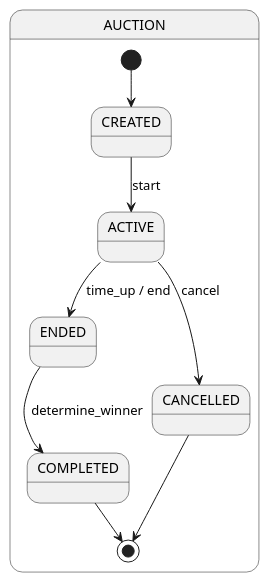
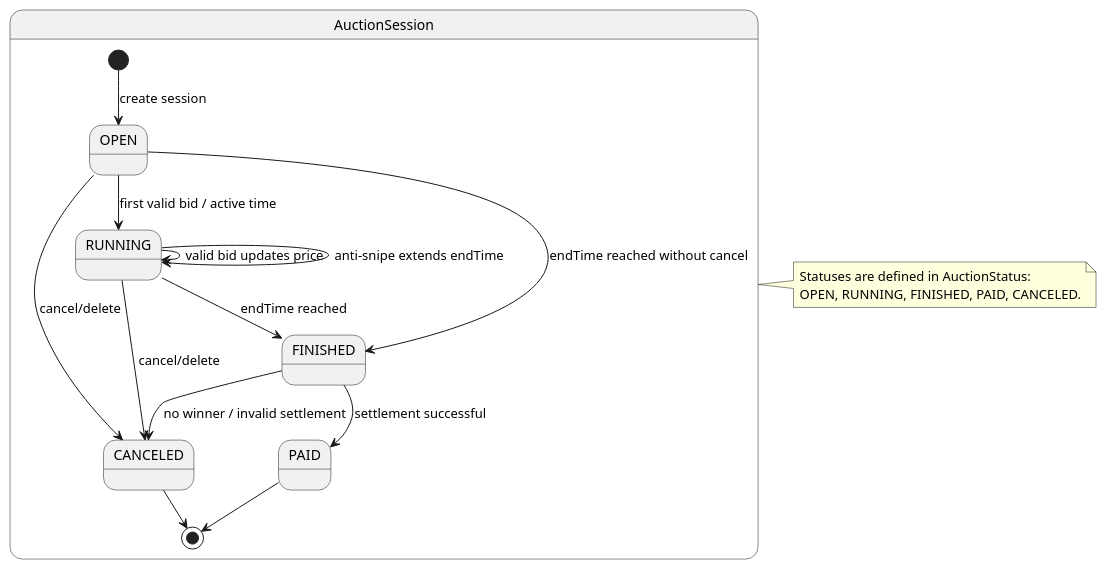
One commit to duydo11/auction-system-cua-hai-giang-duy-va-beo changed the diagram in docs/diagrams/state_activity.puml. Above: the diagram before and after it, drawn with PlantUML. The commit also changed 24 other files, not shown here.

First line of the commit message:
docs: refresh UML diagrams to match current architecture

```diff
--- a/docs/diagrams/state_activity.puml
+++ b/docs/diagrams/state_activity.puml
@@ -1,11 +1,22 @@
 @startuml
-state "AUCTION" as AuctionState {
-  [*] --> CREATED
-  CREATED --> ACTIVE : start
-  ACTIVE --> ENDED : time_up / end
-  ACTIVE --> CANCELLED : cancel
-  ENDED --> COMPLETED : determine_winner
-  CANCELLED --> [*]
-  COMPLETED --> [*]
+' AuctionSession state diagram - matches AuctionStatus enum
+state "AuctionSession" as AuctionState {
+  [*] --> OPEN : create session
+  OPEN --> RUNNING : first valid bid / active time
+  OPEN --> FINISHED : endTime reached without cancel
+  RUNNING --> RUNNING : valid bid updates price
+  RUNNING --> RUNNING : anti-snipe extends endTime
+  RUNNING --> FINISHED : endTime reached
+  OPEN --> CANCELED : cancel/delete
+  RUNNING --> CANCELED : cancel/delete
+  FINISHED --> PAID : settlement successful
+  FINISHED --> CANCELED : no winner / invalid settlement
+  PAID --> [*]
+  CANCELED --> [*]
 }
+
+note right of AuctionState
+Statuses are defined in AuctionStatus:
+OPEN, RUNNING, FINISHED, PAID, CANCELED.
+end note
 @enduml
```
